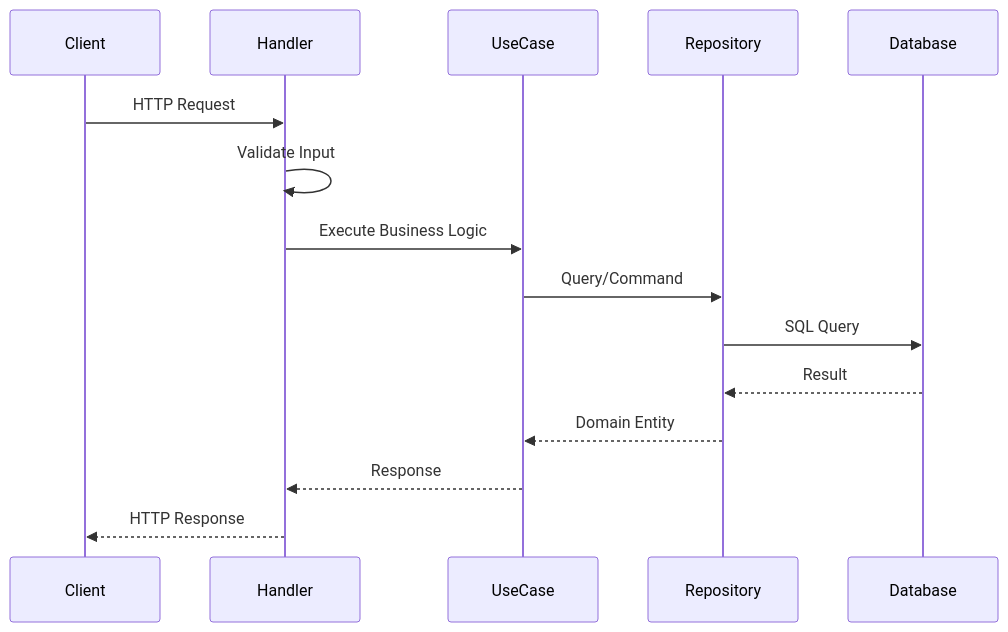
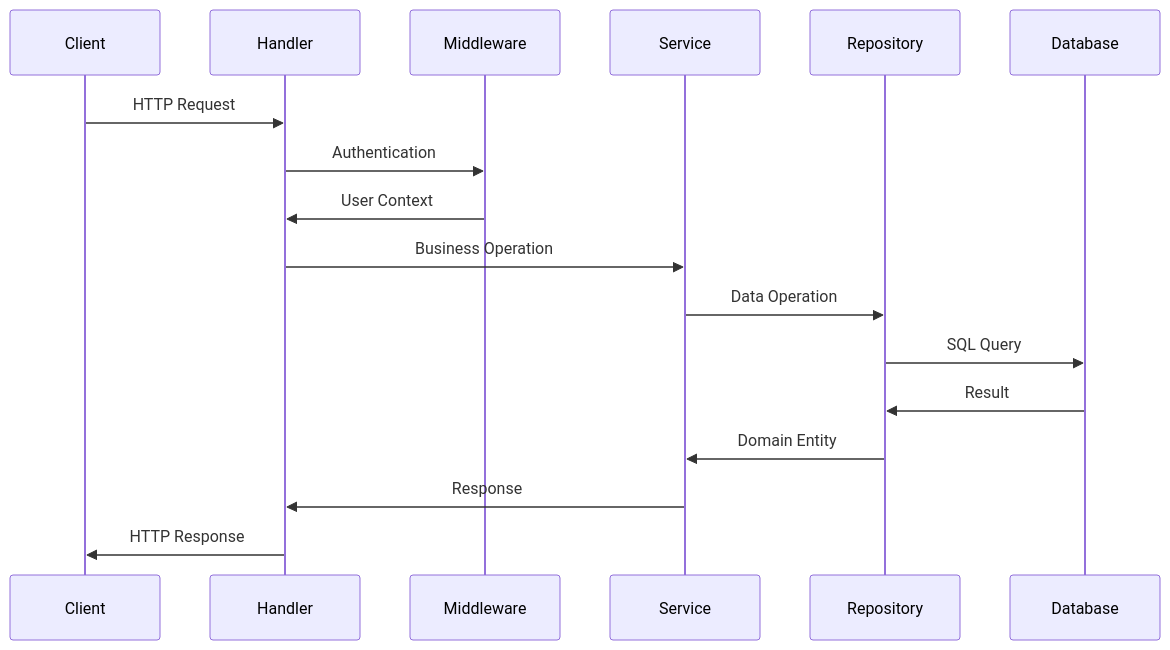
Before and after one commit to archesai/archesai: the second of 4 diagrams in docs/ARCHITECTURE.md, drawn with Mermaid. The commit also changed other lines of this file and 25 other files, not shown here.

````diff
--- a/docs/ARCHITECTURE.md
+++ b/docs/ARCHITECTURE.md
@@ -250,18 +96,20 @@
 ```mermaid
 sequenceDiagram
     participant Client
     participant Handler
-    participant UseCase
+    participant Middleware
+    participant Service
     participant Repository
     participant Database
 
     Client->>Handler: HTTP Request
-    Handler->>Handler: Validate Input
-    Handler->>UseCase: Execute Business Logic
-    UseCase->>Repository: Query/Command
+    Handler->>Middleware: Authentication
+    Middleware->>Handler: User Context
+    Handler->>Service: Business Operation
+    Service->>Repository: Data Operation
     Repository->>Database: SQL Query
-    Database-->>Repository: Result
-    Repository-->>UseCase: Domain Entity
-    UseCase-->>Handler: Response
-    Handler-->>Client: HTTP Response
+    Database->>Repository: Result
+    Repository->>Service: Domain Entity
+    Service->>Handler: Response
+    Handler->>Client: HTTP Response
 ```
````
